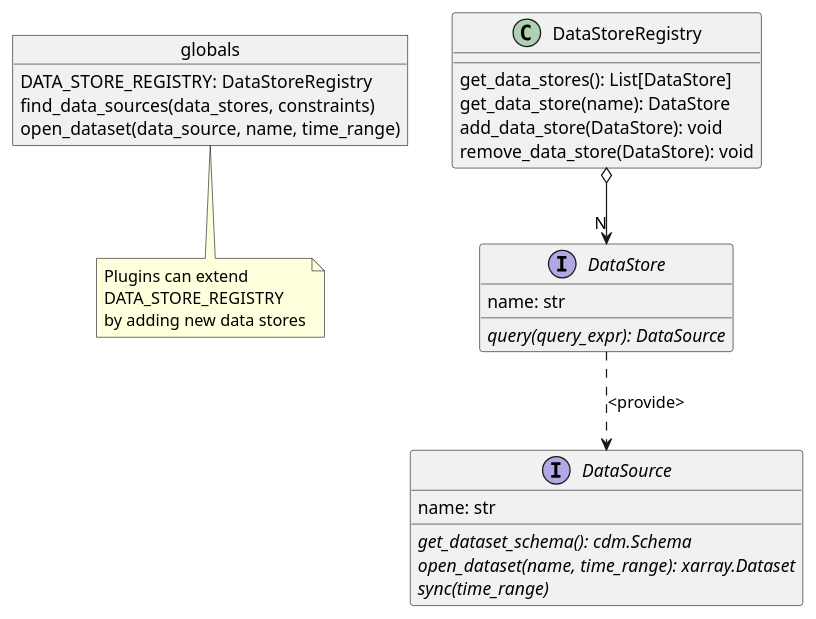
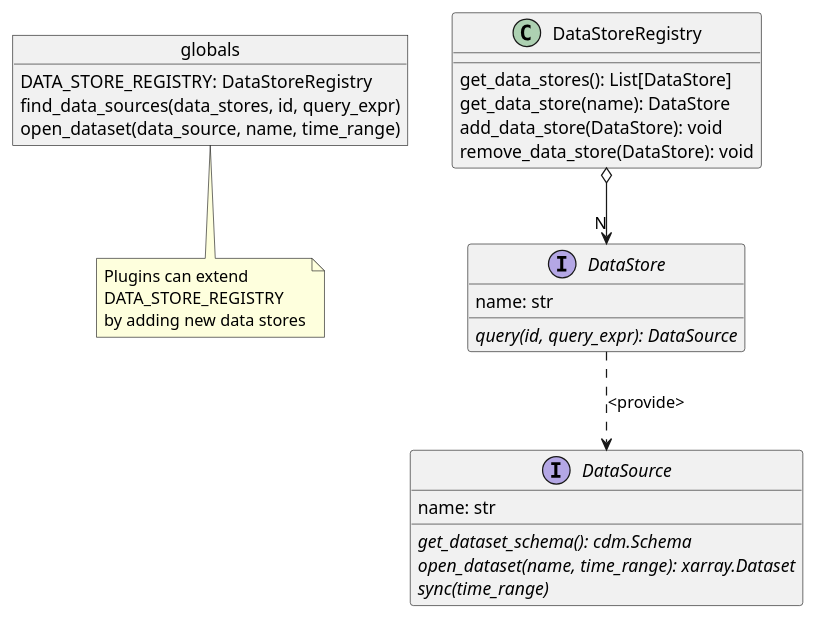
The diagram in doc/source/uml/ds.puml (CCI-Tools/cate), drawn with PlantUML before and after one commit. The commit also changed 10 other files, not shown here.

Commit message:
renamed method DataSource.matches_filter to matches  changed signature of method DataStore.query and DataSource.matches_filter

```diff
--- a/doc/source/uml/ds.puml
+++ b/doc/source/uml/ds.puml
@@ -1,38 +1,38 @@
 @startuml
 
 object globals {
     DATA_STORE_REGISTRY: DataStoreRegistry
-    find_data_sources(data_stores, constraints)
+    find_data_sources(data_stores, id, query_expr)
     open_dataset(data_source, name, time_range)
 }
 
 note bottom of globals
 Plugins can extend
 DATA_STORE_REGISTRY
 by adding new data stores
 end note
 
 class DataStoreRegistry {
     get_data_stores(): List[DataStore]
     get_data_store(name): DataStore
     add_data_store(DataStore): void
     remove_data_store(DataStore): void
 }
 
 interface DataStore {
     name: str
-    {abstract} query(query_expr): DataSource
+    {abstract} query(id, query_expr): DataSource
 }
 
 interface DataSource {
     name: str
     {abstract} get_dataset_schema(): cdm.Schema
     {abstract} open_dataset(name, time_range): xarray.Dataset
     {abstract} sync(time_range)
 }
 
 DataStoreRegistry o--> "N" DataStore
 DataStore  ..>  DataSource: <provide>
 
 
 @enduml
```
